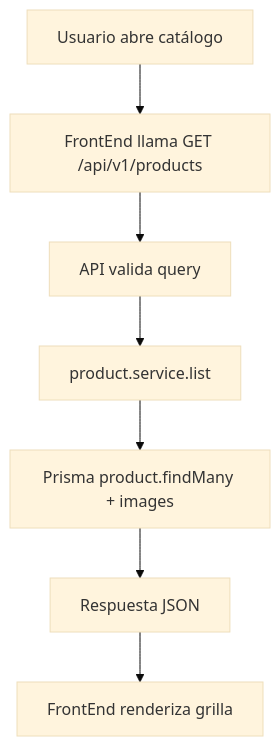
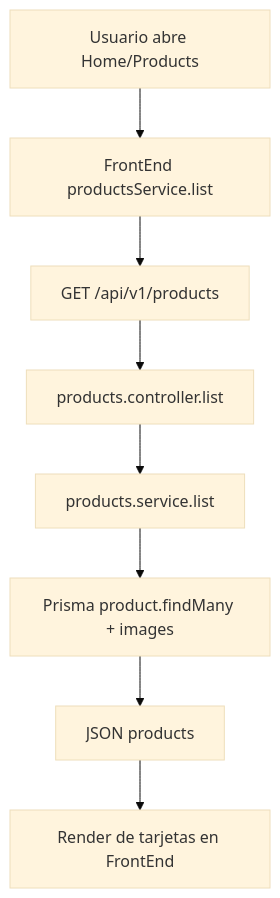
One commit to Ivy-Mk2/Proyecto-de-tienda-online---Front-Back-End changed the first of 5 diagrams in docs/arquitectura/03-Flujos.md. Above: the diagram before and after it, drawn with Mermaid (base theme). The commit also changed other lines of this file and 8 other files, not shown here.

````diff
--- a/docs/arquitectura/03-Flujos.md
+++ b/docs/arquitectura/03-Flujos.md
@@ -4,9 +4,10 @@
 ```mermaid
 flowchart TD
-  A[Usuario abre catálogo] --> B[FrontEnd llama GET /api/v1/products]
-  B --> C[API valida query]
-  C --> D[product.service.list]
-  D --> E[Prisma product.findMany + images]
-  E --> F[Respuesta JSON]
-  F --> G[FrontEnd renderiza grilla]
+  A[Usuario abre Home/Products] --> B[FrontEnd productsService.list]
+  B --> C[GET /api/v1/products]
+  C --> D[products.controller.list]
+  D --> E[products.service.list]
+  E --> F[Prisma product.findMany + images]
+  F --> G[JSON products]
+  G --> H[Render de tarjetas en FrontEnd]
 ```
````
